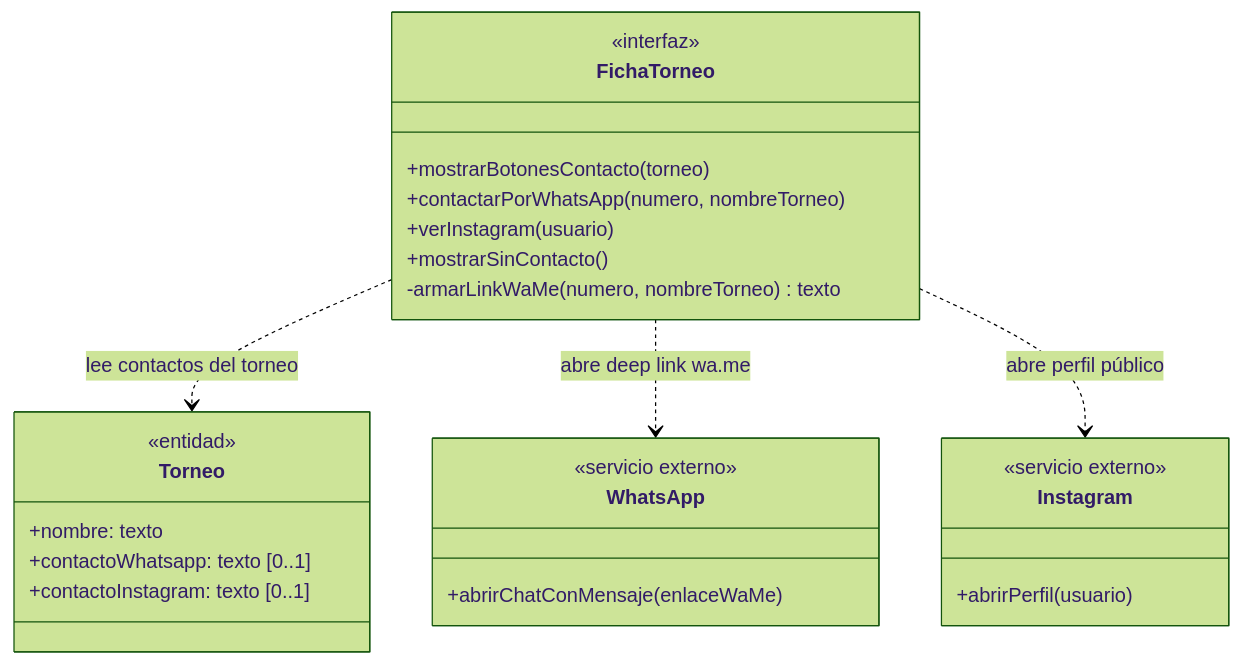
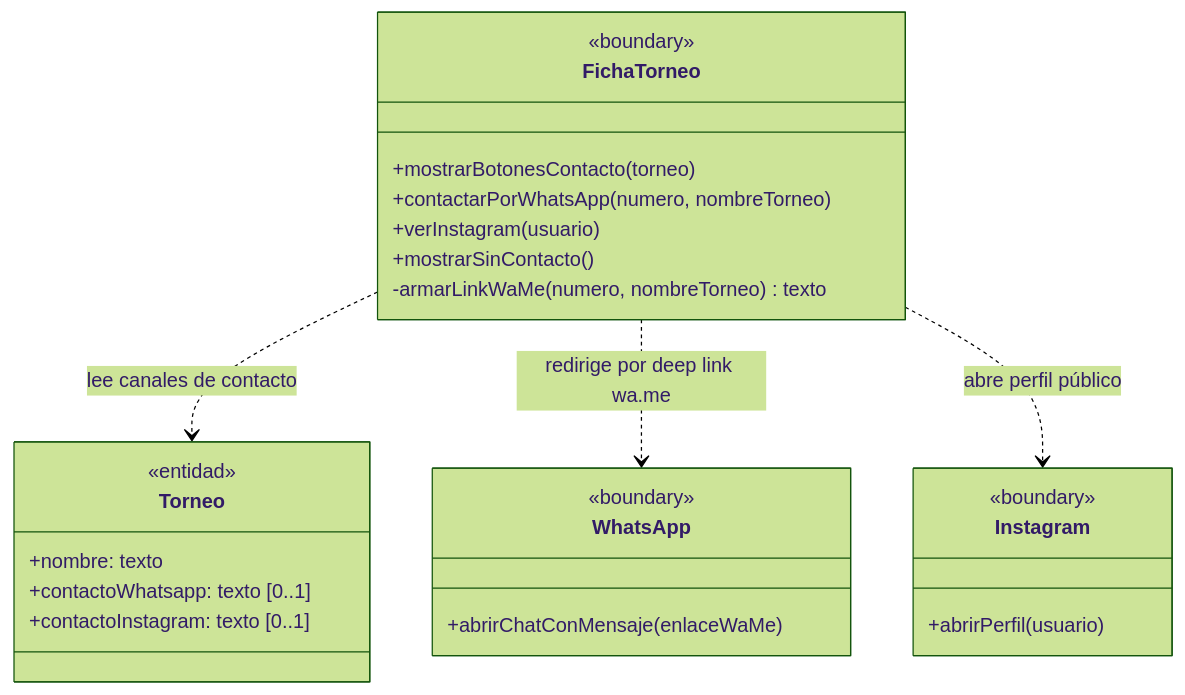
The fifth of 7 diagrams in docs/diagramas-de-clase/catalogo-de-torneos.md (nicqletal/torneos-scraper), drawn with Mermaid (forest theme) before and after one commit. The commit also changed other lines of this file and 12 other files, not shown here.

Commit message:
Correcion Diagramas de Clase

````diff
--- a/docs/diagramas-de-clase/catalogo-de-torneos.md
+++ b/docs/diagramas-de-clase/catalogo-de-torneos.md
@@ -440,29 +363,29 @@
 ```mermaid
 classDiagram
 direction TB
 class FichaTorneo {
-  <<interfaz>>
+  <<boundary>>
   +mostrarBotonesContacto(torneo)
   +contactarPorWhatsApp(numero, nombreTorneo)
   +verInstagram(usuario)
   +mostrarSinContacto()
   -armarLinkWaMe(numero, nombreTorneo) texto
 }
 class Torneo {
   <<entidad>>
   +nombre: texto
   +contactoWhatsapp: texto [0..1]
   +contactoInstagram: texto [0..1]
 }
 class WhatsApp {
-  <<servicio externo>>
+  <<boundary>>
   +abrirChatConMensaje(enlaceWaMe)
 }
 class Instagram {
-  <<servicio externo>>
+  <<boundary>>
   +abrirPerfil(usuario)
 }
-FichaTorneo ..> Torneo : lee contactos del torneo
-FichaTorneo ..> WhatsApp : abre deep link wa.me
+FichaTorneo ..> Torneo : lee canales de contacto
+FichaTorneo ..> WhatsApp : redirige por deep link wa.me
 FichaTorneo ..> Instagram : abre perfil público
 ```
````
